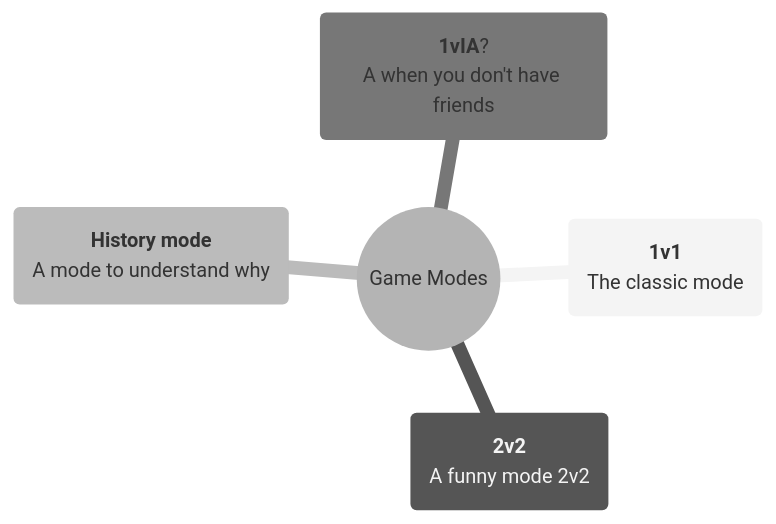
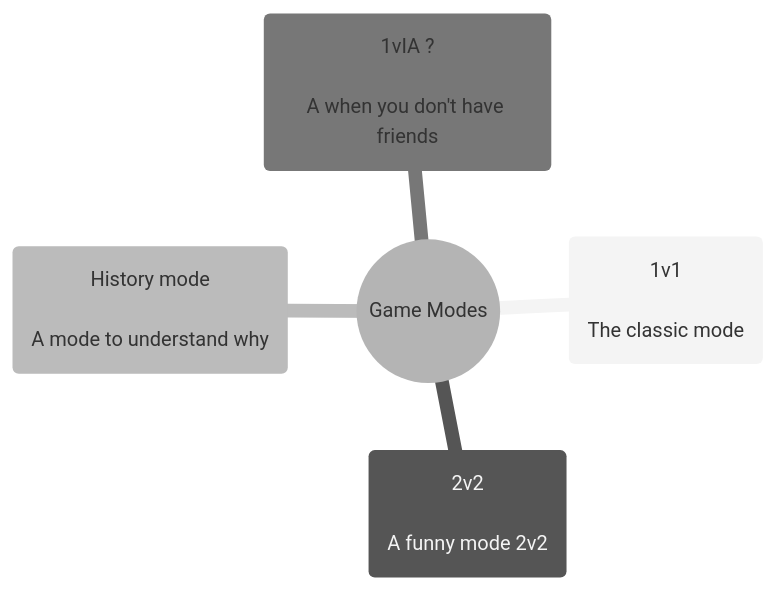
The second of 3 diagrams in README.md (CoCoSol007/border-wars), drawn with Mermaid (neutral theme) before and after one commit. The commit also changed other lines of this file and 1 other file, not shown here.

Commit message:
Remove mind map fomatage (!3)

````diff
--- a/README.md
+++ b/README.md
@@ -41,12 +41,12 @@
 ```mermaid
 mindmap
   root((Game Modes))
-    ("`**1v1**
-    The classic mode`")
-    ("`**2v2**
-    A funny mode 2v2`")
-    ("`**History mode**
-    A mode to understand why`")
-    ("`**1vIA**?
-    A when you don't have friends`")
+    ("1v1</br>
+    The classic mode")
+    ("2v2</br>
+    A funny mode 2v2")
+    ("History mode</br>
+    A mode to understand why")
+    ("1vIA ?</br>
+    A when you don't have friends")
 ```
````
